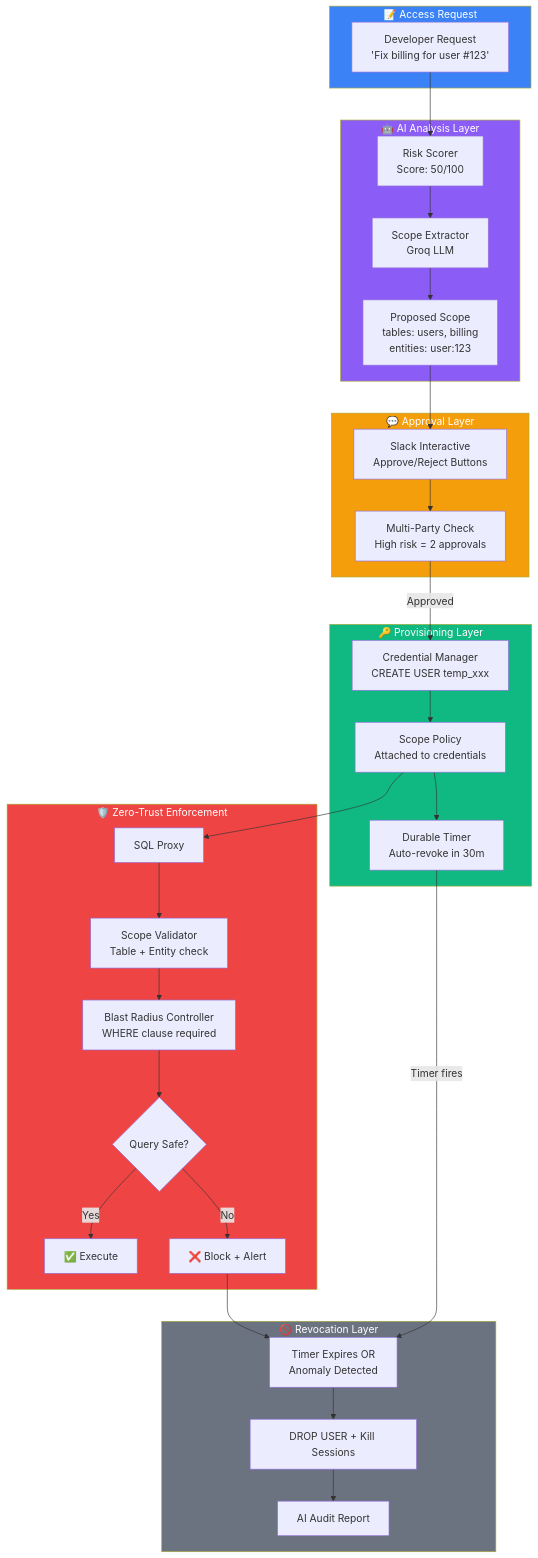
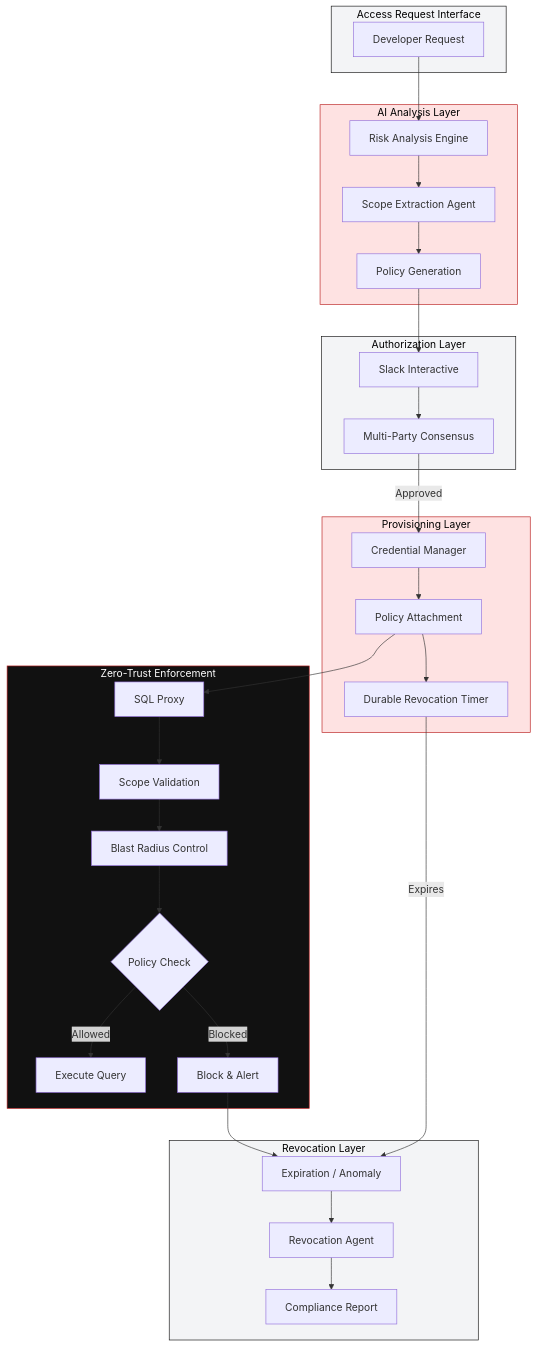
Before and after one commit to soumyacodes007/GlassKiss: the first of 7 diagrams in README.md, drawn with Mermaid. The commit also changed other lines of this file, not shown here.

````diff
--- a/README.md
+++ b/README.md
@@ -94,52 +75,52 @@
 ```mermaid
 flowchart TB
-    subgraph Entry["📝 Access Request"]
-        A[Developer Request<br/>'Fix billing for user #123']
+    subgraph Entry["Access Request Interface"]
+        A[Developer Request]
     end
 
-    subgraph AI["🤖 AI Analysis Layer"]
-        B[Risk Scorer<br/>Score: 50/100]
-        C[Scope Extractor<br/>Groq LLM]
-        D[Proposed Scope<br/>tables: users, billing<br/>entities: user:123]
+    subgraph AI["AI Analysis Layer"]
+        B[Risk Analysis Engine]
+        C[Scope Extraction Agent]
+        D[Policy Generation]
     end
 
-    subgraph Approval["💬 Approval Layer"]
-        E[Slack Interactive<br/>Approve/Reject Buttons]
-        F[Multi-Party Check<br/>High risk = 2 approvals]
+    subgraph Approval["Authorization Layer"]
+        E[Slack Interactive]
+        F[Multi-Party Consensus]
     end
 
-    subgraph Provision["🔑 Provisioning Layer"]
-        G[Credential Manager<br/>CREATE USER temp_xxx]
-        H[Scope Policy<br/>Attached to credentials]
-        I[Durable Timer<br/>Auto-revoke in 30m]
+    subgraph Provision["Provisioning Layer"]
+        G[Credential Manager]
+        H[Policy Attachment]
+        I[Durable Revocation Timer]
     end
 
-    subgraph Enforce["🛡️ Zero-Trust Enforcement"]
+    subgraph Enforce["Zero-Trust Enforcement"]
         J[SQL Proxy]
-        K[Scope Validator<br/>Table + Entity check]
-        L[Blast Radius Controller<br/>WHERE clause required]
-        M{Query Safe?}
-        N[✅ Execute]
-        O[❌ Block + Alert]
+        K[Scope Validation]
+        L[Blast Radius Control]
+        M{Policy Check}
+        N[Execute Query]
+        O[Block & Alert]
     end
 
-    subgraph Revoke["🚫 Revocation Layer"]
-        P[Timer Expires OR<br/>Anomaly Detected]
-        Q[DROP USER + Kill Sessions]
-        R[AI Audit Report]
+    subgraph Revoke["Revocation Layer"]
+        P[Expiration / Anomaly]
+        Q[Revocation Agent]
+        R[Compliance Report]
     end
 
     A --> B --> C --> D --> E --> F
     F -->|Approved| G --> H --> I
     H --> J --> K --> L --> M
-    M -->|Yes| N
-    M -->|No| O --> P
-    I -->|Timer fires| P --> Q --> R
+    M -->|Allowed| N
+    M -->|Blocked| O --> P
+    I -->|Expires| P --> Q --> R
 
-    style Entry fill:#3b82f6,color:#fff
-    style AI fill:#8b5cf6,color:#fff
-    style Approval fill:#f59e0b,color:#fff
-    style Provision fill:#10b981,color:#fff
-    style Enforce fill:#ef4444,color:#fff
-    style Revoke fill:#6b7280,color:#fff
+    style Entry fill:#f3f4f6,stroke:#111,color:#000
+    style AI fill:#fee2e2,stroke:#b91c1c,color:#000
+    style Approval fill:#f3f4f6,stroke:#111,color:#000
+    style Provision fill:#fee2e2,stroke:#b91c1c,color:#000
+    style Enforce fill:#111,stroke:#b91c1c,color:#fff
+    style Revoke fill:#f3f4f6,stroke:#111,color:#000
 ```
````
